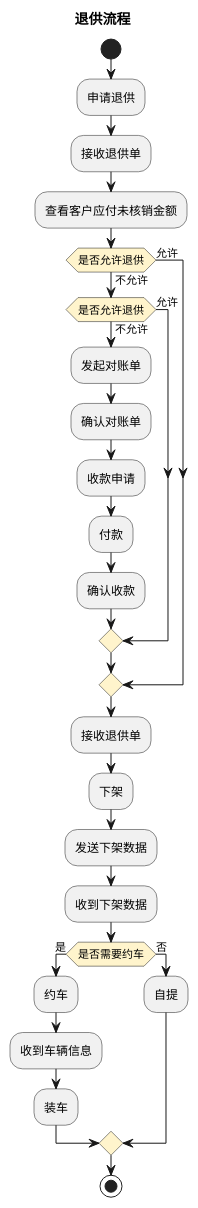
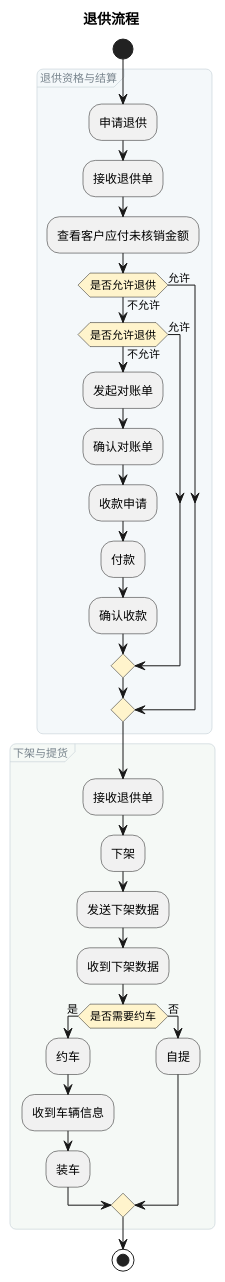
One commit to jack888332/projects-doc changed the sixth of 6 diagrams in product-caliber/goldjet/segmented-prd/mainflow/PRD.高捷物流系统一期.主流程.05.跨境电商BC、个人物品CC进口详细流程.md. Above: the diagram before and after it, drawn with PlantUML. The commit also changed other lines of this file and 16 other files, not shown here.

Commit message:
给DSL图分组

````diff
--- a/product-caliber/goldjet/segmented-prd/mainflow/PRD.高捷物流系统一期.主流程.05.跨境电商BC、个人物品CC进口详细流程.md
+++ b/product-caliber/goldjet/segmented-prd/mainflow/PRD.高捷物流系统一期.主流程.05.跨境电商BC、个人物品CC进口详细流程.md
@@ -244,33 +334,49 @@
 ```plantuml
 @startuml
 skinparam activityDiamondBackgroundColor #FFF4CC
+<style>
+activityDiagram {
+  group {
+    LineColor #CAD5DA
+    LineThickness 0.7
+    RoundCorner 12
+    FontColor #78848D
+    FontSize 11
+    FontStyle plain
+  }
+}
+</style>
 title 退供流程
 start
+group 退供资格与结算 #F4F8FA {
 :申请退供;
 :接收退供单;
 :查看客户应付未核销金额;
 if (是否允许退供) then (允许)
 else (不允许)
   if (是否允许退供) then (允许)
   else (不允许)
     :发起对账单;
     :确认对账单;
     :收款申请;
     :付款;
     :确认收款;
   endif
 endif
+}
+group 下架与提货 #F5F9F6 {
 :接收退供单;
 :下架;
 :发送下架数据;
 :收到下架数据;
 if (是否需要约车) then (是)
   :约车;
   :收到车辆信息;
   :装车;
 else (否)
   :自提;
 endif
+}
 stop
 @enduml
 ```
````
